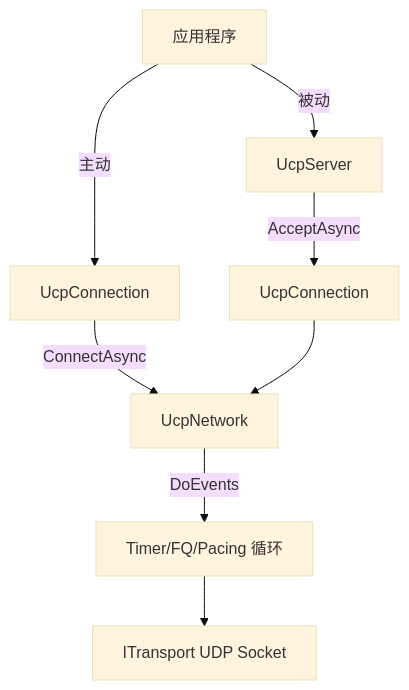
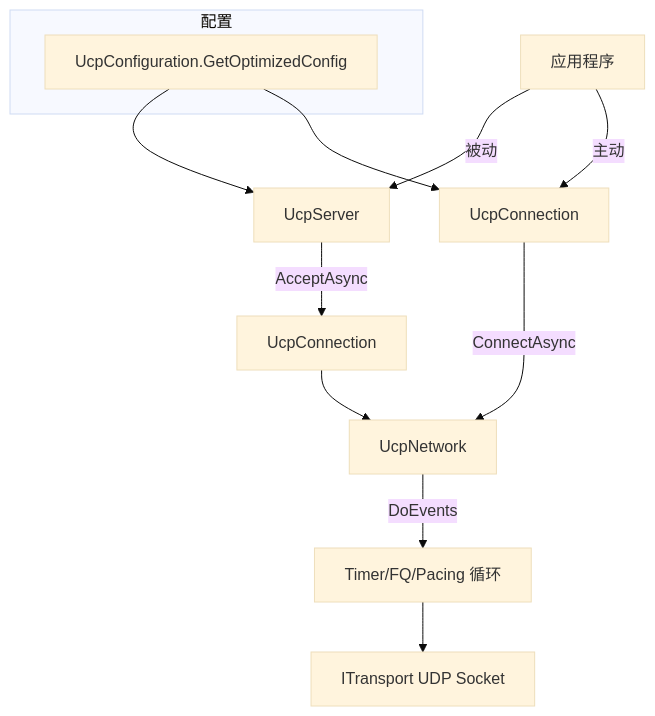
One commit to liulilittle/ucp changed the first of 4 diagrams in docs/api_CN.md. Above: the diagram before and after it, drawn with Mermaid (base theme). The commit also changed other lines of this file and 17 other files, not shown here.

````diff
--- a/docs/api_CN.md
+++ b/docs/api_CN.md
@@ -11,10 +13,17 @@
 ```mermaid
 flowchart TD
     App[应用程序] -->|被动| Server[UcpServer]
     App -->|主动| Client[UcpConnection]
     Server -->|AcceptAsync| ServerConn[UcpConnection]
     Client -->|ConnectAsync| Net[UcpNetwork]
     ServerConn --> Net
     Net -->|DoEvents| Loop[Timer/FQ/Pacing 循环]
     Loop --> Socket[ITransport UDP Socket]
+
+    subgraph Configuration[配置]
+        Config[UcpConfiguration.GetOptimizedConfig]
+    end
+
+    Config --> Server
+    Config --> Client
 ```
````
